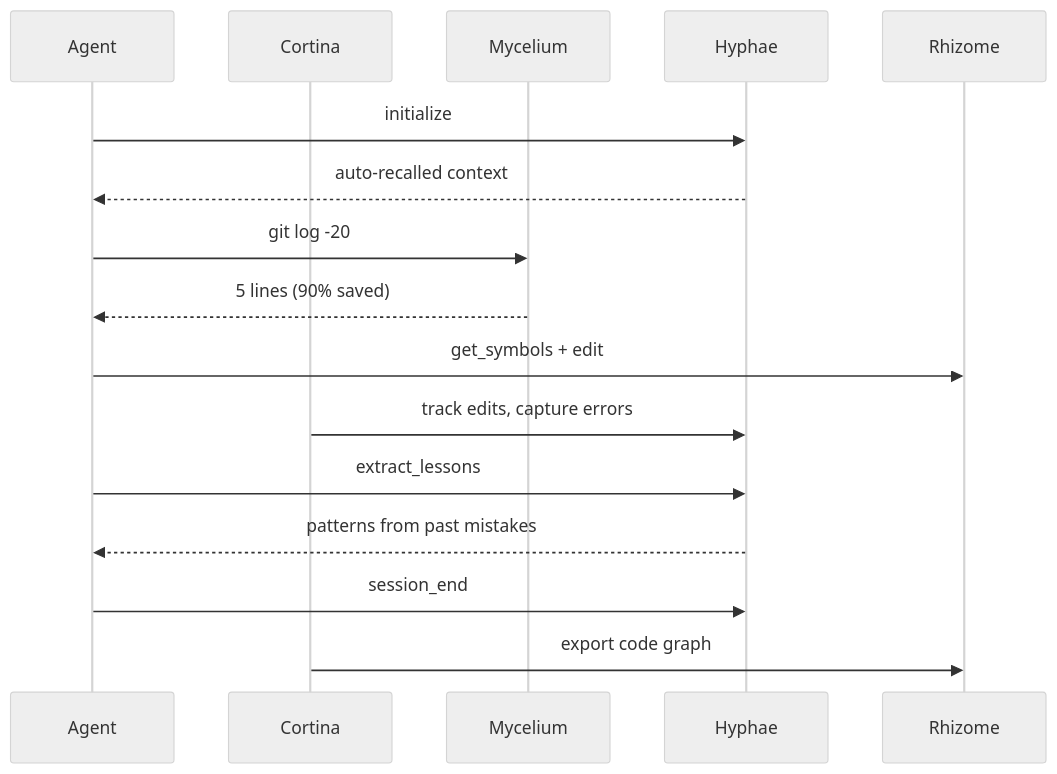
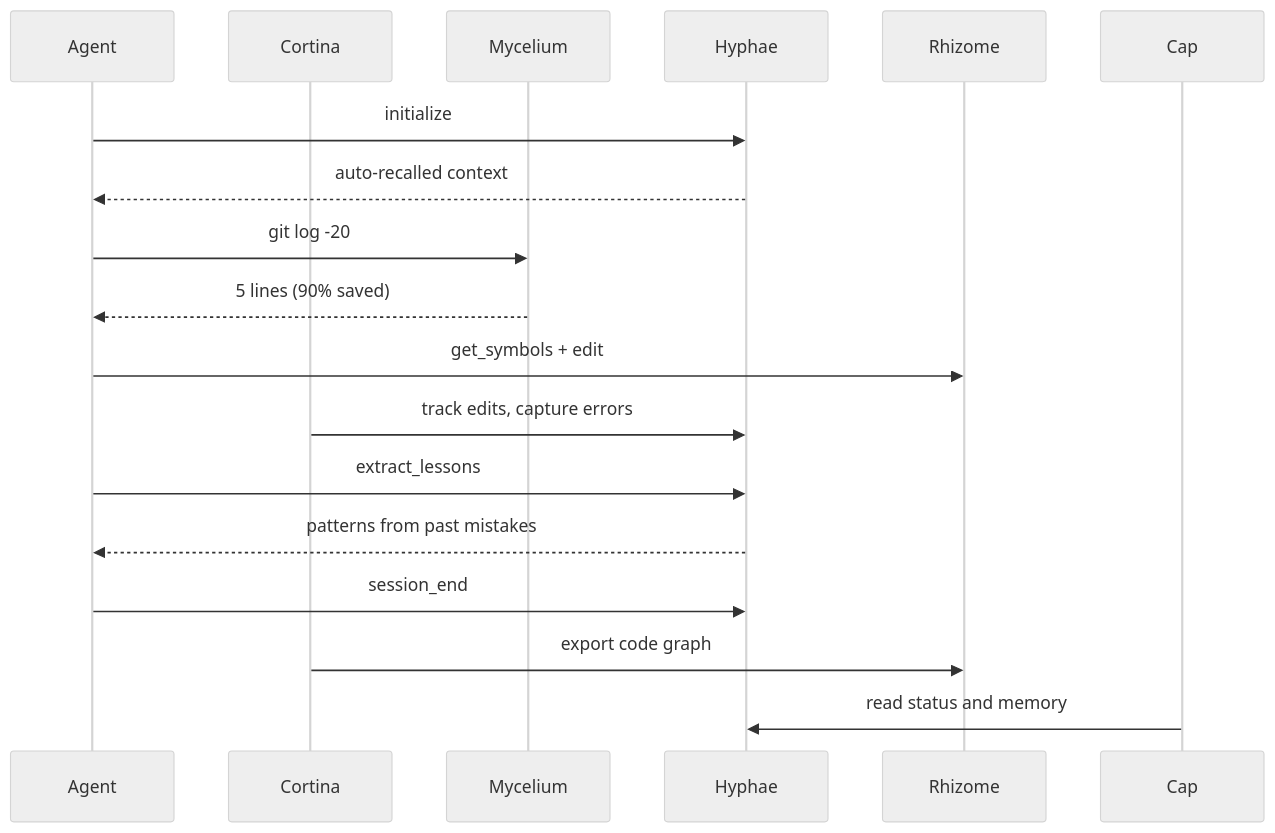
The fourth of 4 diagrams in profile/README.md (basidiocarp/.github), drawn with Mermaid (neutral theme) before and after one commit. The commit also changed other lines of this file and 17 other files, not shown here.

````diff
--- a/profile/README.md
+++ b/profile/README.md
@@ -127,19 +167,21 @@
 ```mermaid
 sequenceDiagram
     participant A as Agent
     participant C as Cortina
     participant M as Mycelium
     participant H as Hyphae
     participant R as Rhizome
+    participant P as Cap
 
     A->>H: initialize
     H-->>A: auto-recalled context
     A->>M: git log -20
     M-->>A: 5 lines (90% saved)
     A->>R: get_symbols + edit
     C->>H: track edits, capture errors
     A->>H: extract_lessons
     H-->>A: patterns from past mistakes
     A->>H: session_end
     C->>R: export code graph
+    P->>H: read status and memory
 ```
````
